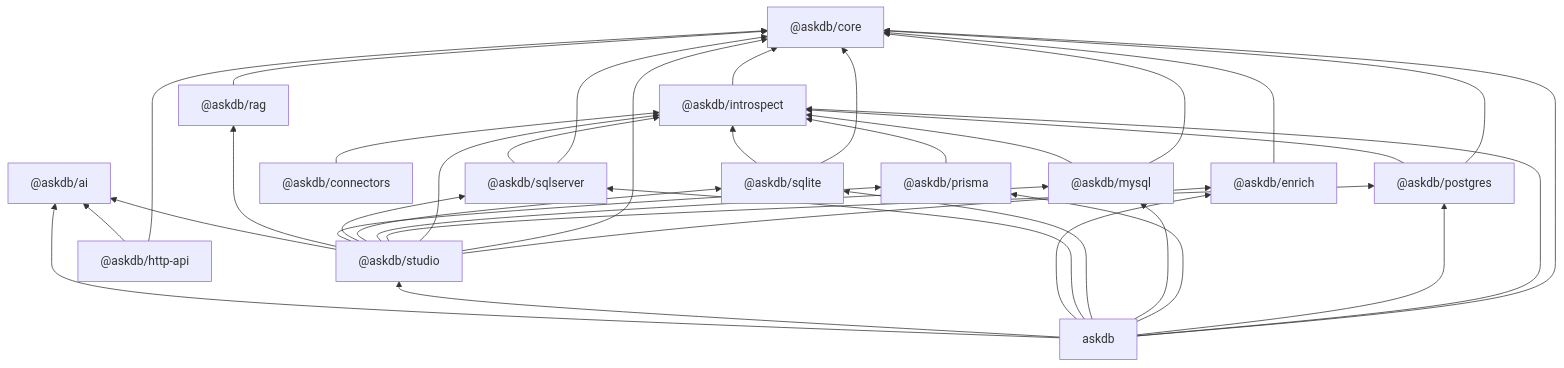
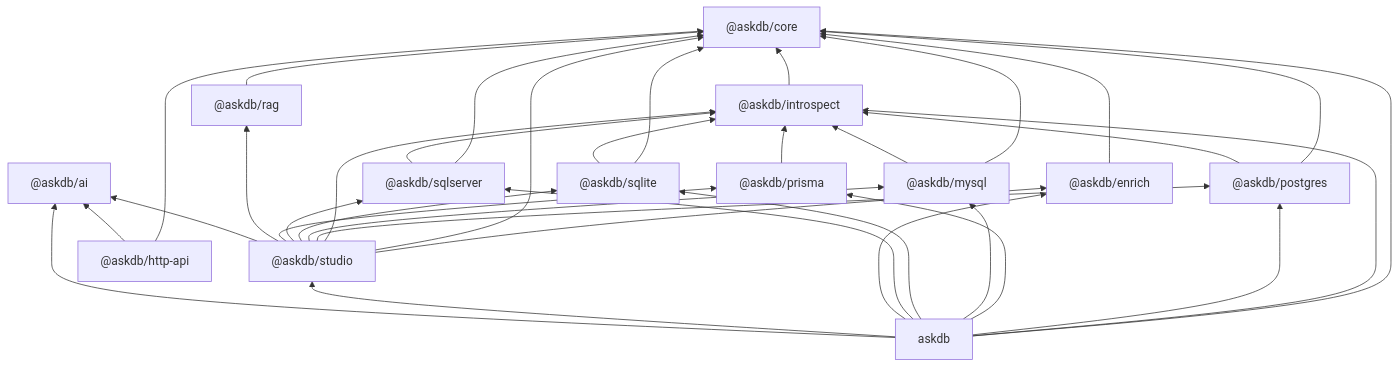
Before and after one commit to Ygilany/AskDB: the third of 7 diagrams in docs/architecture.md, drawn with Mermaid. The commit also changed other lines of this file and 16 other files, not shown here.

````diff
--- a/docs/architecture.md
+++ b/docs/architecture.md
@@ -128,53 +124,51 @@
 ```mermaid
 flowchart BT
   core["@askdb/core"]
   introspect["@askdb/introspect"]
   enrich["@askdb/enrich"]
   rag["@askdb/rag"]
   postgres["@askdb/postgres"]
   prisma["@askdb/prisma"]
-  connectors["@askdb/connectors"]
   mysql["@askdb/mysql"]
   sqlite["@askdb/sqlite"]
   sqlserver["@askdb/sqlserver"]
   ai["@askdb/ai"]
   studio["@askdb/studio"]
   cli["askdb"]
   http["@askdb/http-api"]
 
-  connectors --> introspect
   introspect --> core
   enrich --> core
   rag --> core
   postgres --> core
   postgres --> introspect
   prisma --> introspect
   mysql --> core
   mysql --> introspect
   sqlite --> core
   sqlite --> introspect
   sqlserver --> core
   sqlserver --> introspect
   studio --> enrich
   studio --> core
   studio --> introspect
   studio --> postgres
   studio --> mysql
   studio --> sqlite
   studio --> sqlserver
   studio --> prisma
   studio --> rag
   studio --> ai
   cli --> core
   cli --> introspect
   cli --> postgres
   cli --> prisma
   cli --> mysql
   cli --> sqlite
   cli --> sqlserver
   cli --> enrich
   cli --> studio
   cli --> ai
   http --> core
   http --> ai
 ```
````
